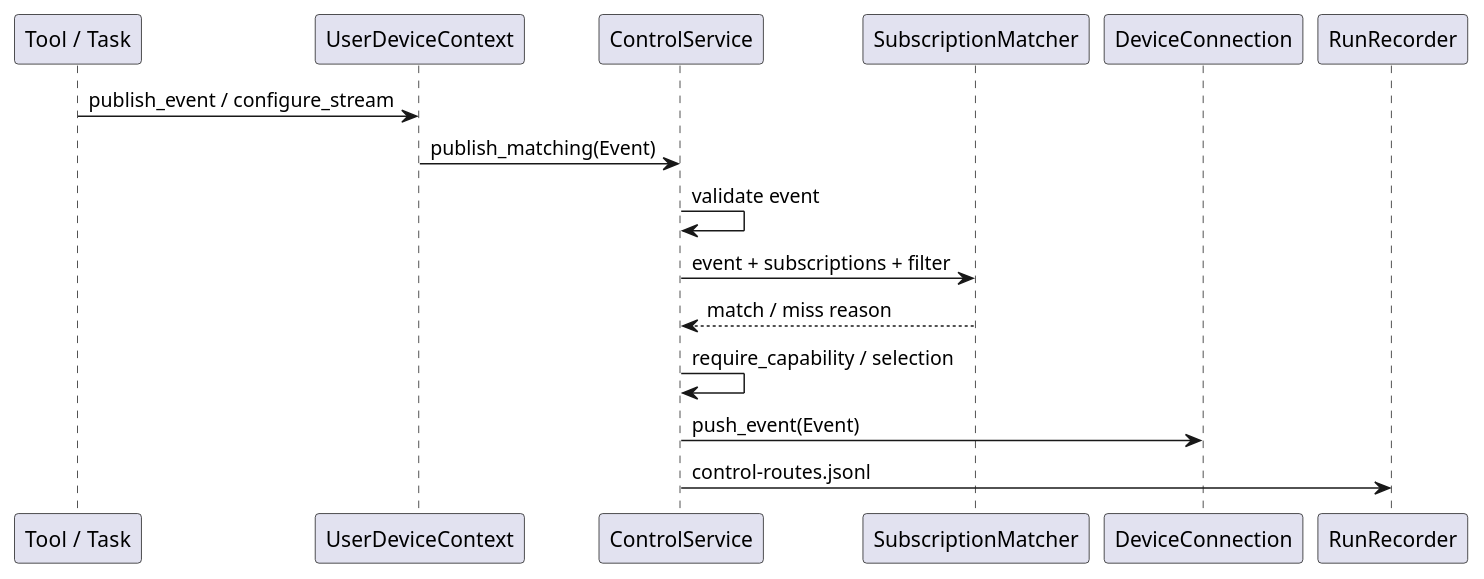
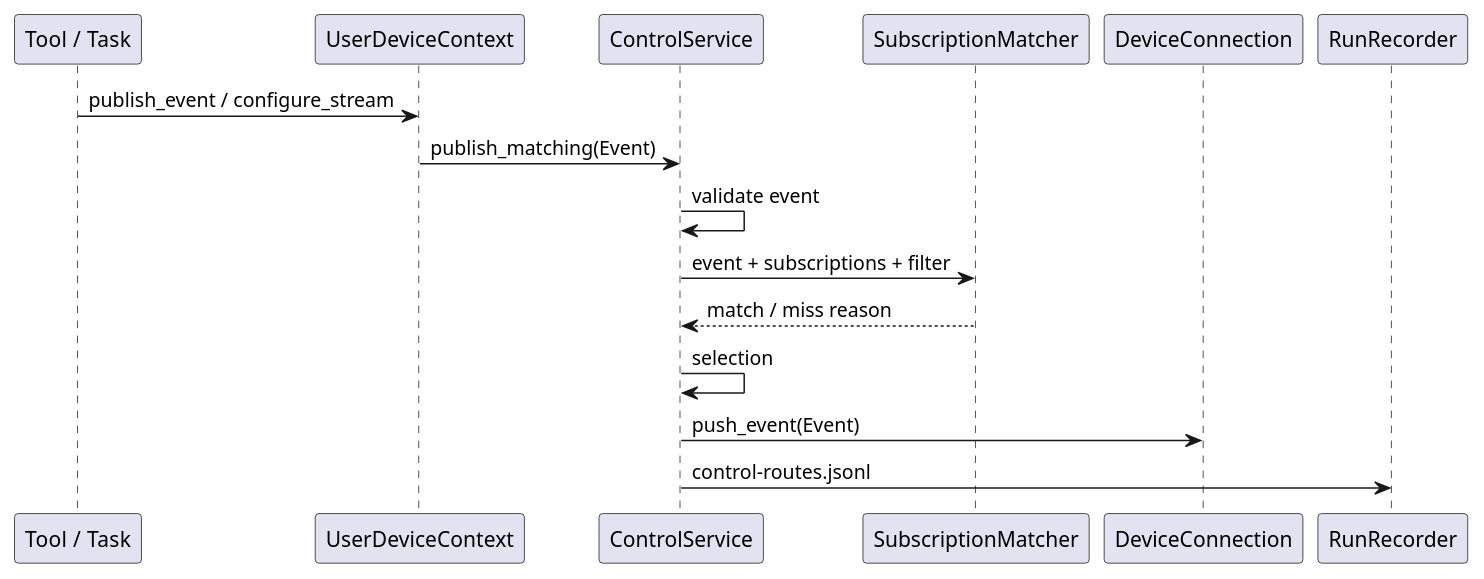
One commit to HengeLiu/RealtimeAgent changed the diagram in audio-chat/docs/event-subscription-routing-optimization.md. Above: the diagram before and after it, drawn with PlantUML. The commit also changed other lines of this file and 14 other files, not shown here.

````diff
--- a/audio-chat/docs/event-subscription-routing-optimization.md
+++ b/audio-chat/docs/event-subscription-routing-optimization.md
@@ -15,19 +15,19 @@
 ```plantuml
 @startuml
 participant "Tool / Task" as Tool
 participant "UserDeviceContext" as Context
 participant "ControlService" as Control
 participant "SubscriptionMatcher" as Matcher
 participant "DeviceConnection" as Device
 participant "RunRecorder" as Recorder
 
 Tool -> Context: publish_event / configure_stream
 Context -> Control: publish_matching(Event)
 Control -> Control: validate event
 Control -> Matcher: event + subscriptions + filter
 Matcher --> Control: match / miss reason
-Control -> Control: require_capability / selection
+Control -> Control: selection
 Control -> Device: push_event(Event)
 Control -> Recorder: control-routes.jsonl
 @enduml
 ```
````
